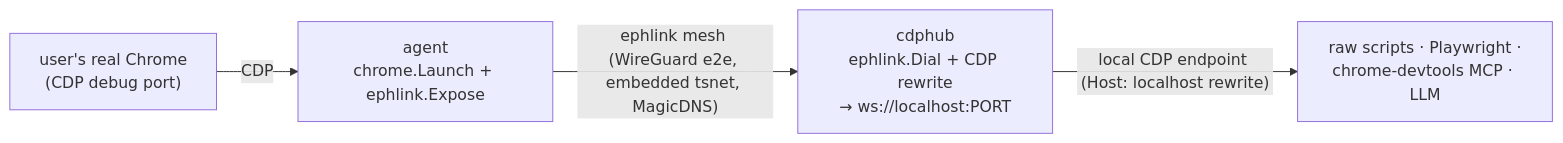
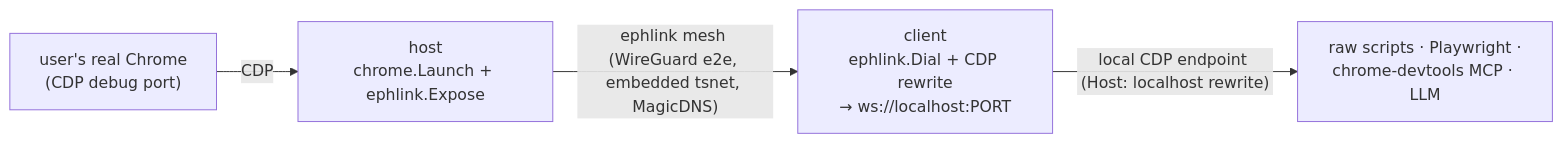
One commit to dostarora97/ephlink changed the diagram in README.md. Above: the diagram before and after it, drawn with Mermaid. The commit also changed other lines of this file and 14 other files, not shown here.

First line of the commit message:
rename the paired binaries: agent→host, cdphub→client

````diff
--- a/README.md
+++ b/README.md
@@ -20,10 +20,10 @@
 ```mermaid
 flowchart LR
     chrome["user's real Chrome<br/>(CDP debug port)"]
-    agent["agent<br/>chrome.Launch + ephlink.Expose"]
-    hub["cdphub<br/>ephlink.Dial + CDP rewrite<br/>→ ws://localhost:PORT"]
+    host["host<br/>chrome.Launch + ephlink.Expose"]
+    client["client<br/>ephlink.Dial + CDP rewrite<br/>→ ws://localhost:PORT"]
     clients["raw scripts · Playwright ·<br/>chrome-devtools MCP · LLM"]
-    chrome -->|CDP| agent
-    agent -->|"ephlink mesh (WireGuard e2e, embedded tsnet, MagicDNS)"| hub
-    hub -->|"local CDP endpoint (Host: localhost rewrite)"| clients
+    chrome -->|CDP| host
+    host -->|"ephlink mesh (WireGuard e2e, embedded tsnet, MagicDNS)"| client
+    client -->|"local CDP endpoint (Host: localhost rewrite)"| clients
 ```
````
